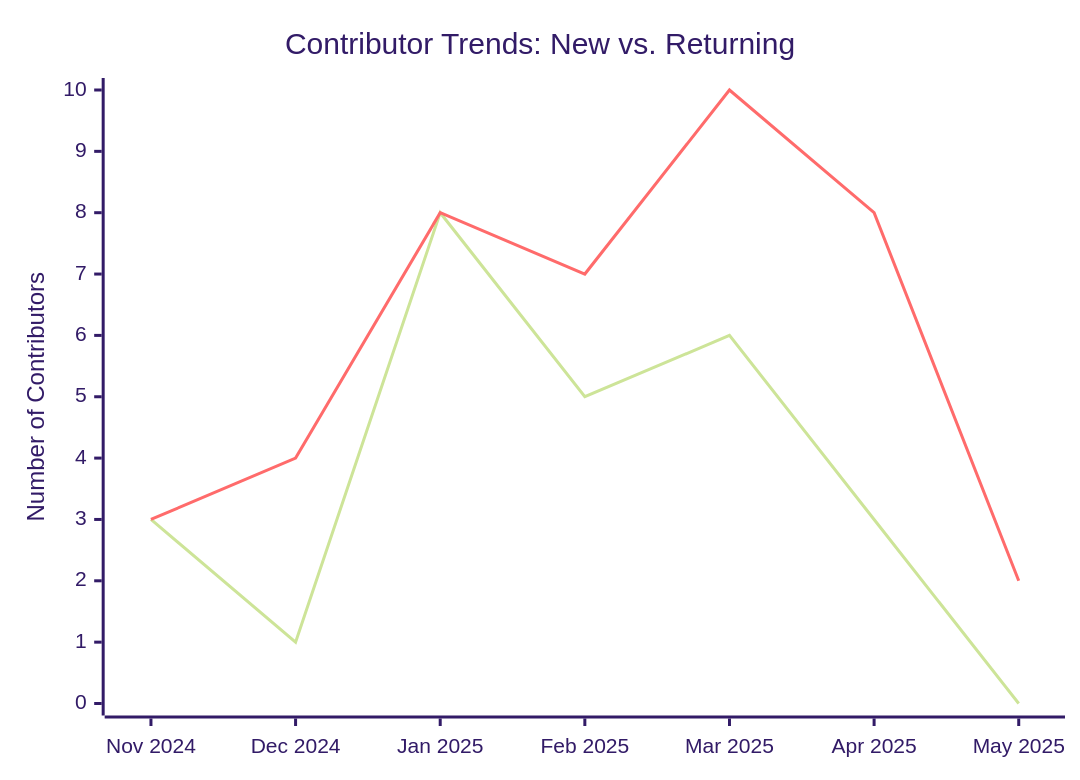
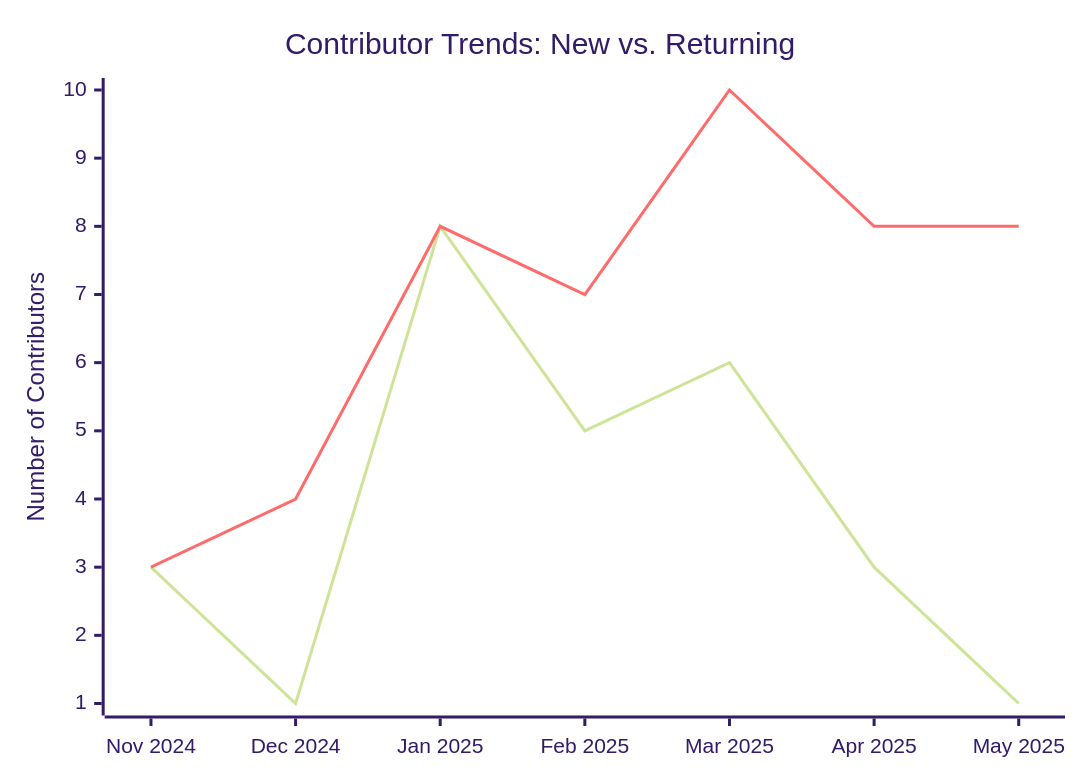
One commit to microsoft/edge-ai changed the seventh of 11 diagrams in docs/contributions.md. Above: the diagram before and after it, drawn with Mermaid (forest theme). The commit also changed other lines of this file and 6 other files, not shown here.

````diff
--- a/docs/contributions.md
+++ b/docs/contributions.md
@@ -214,9 +218,9 @@
 ``` mermaid
 
 xychart-beta
     title "Contributor Trends: New vs. Returning"
     x-axis ["Nov 2024", "Dec 2024", "Jan 2025", "Feb 2025", "Mar 2025", "Apr 2025", "May 2025"]
     y-axis "Number of Contributors"
-    line [3, 1, 8, 5, 6, 3, 0]
-    line [3, 4, 8, 7, 10, 8, 2]
+    line [3, 1, 8, 5, 6, 3, 1]
+    line [3, 4, 8, 7, 10, 8, 8]
 ```
````
